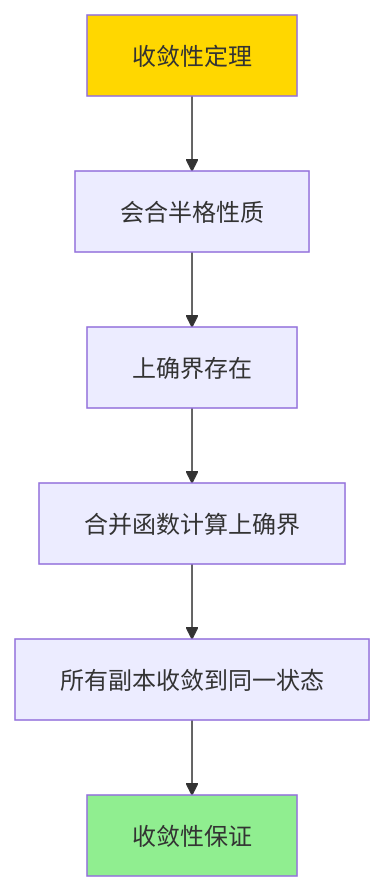
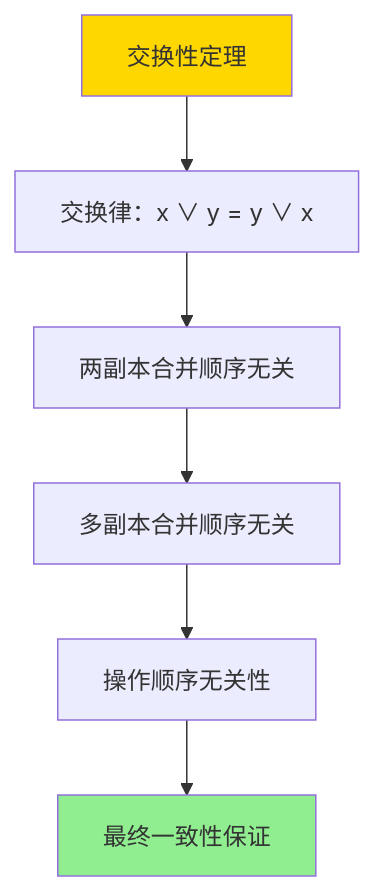
Before and after one commit to AdaMartin18010/PostgreSQL_modern: the sixth of 6 diagrams in PostgreSQL/10-理论基础/04-分布式系统理论/04.05-CRDT与最终一致-会合半格与收敛性证明.md, drawn with Mermaid. The commit also changed other lines of this file and 16 other files, not shown here.

````diff
--- a/PostgreSQL/10-理论基础/04-分布式系统理论/04.05-CRDT与最终一致-会合半格与收敛性证明.md
+++ b/PostgreSQL/10-理论基础/04-分布式系统理论/04.05-CRDT与最终一致-会合半格与收敛性证明.md
@@ -261,11 +394,11 @@
 ```mermaid
 graph TD
-    A[收敛性定理] --> B[会合半格性质]
-    B --> C[上确界存在]
-    C --> D[合并函数计算上确界]
-    D --> E[所有副本收敛到同一状态]
-    E --> F[收敛性保证]
+    A[交换性定理] --> B[交换律：x ∨ y = y ∨ x]
+    B --> C[两副本合并顺序无关]
+    C --> D[多副本合并顺序无关]
+    D --> E[操作顺序无关性]
+    E --> F[最终一致性保证]
 
     style A fill:#FFD700
     style F fill:#90EE90
 ```
````
